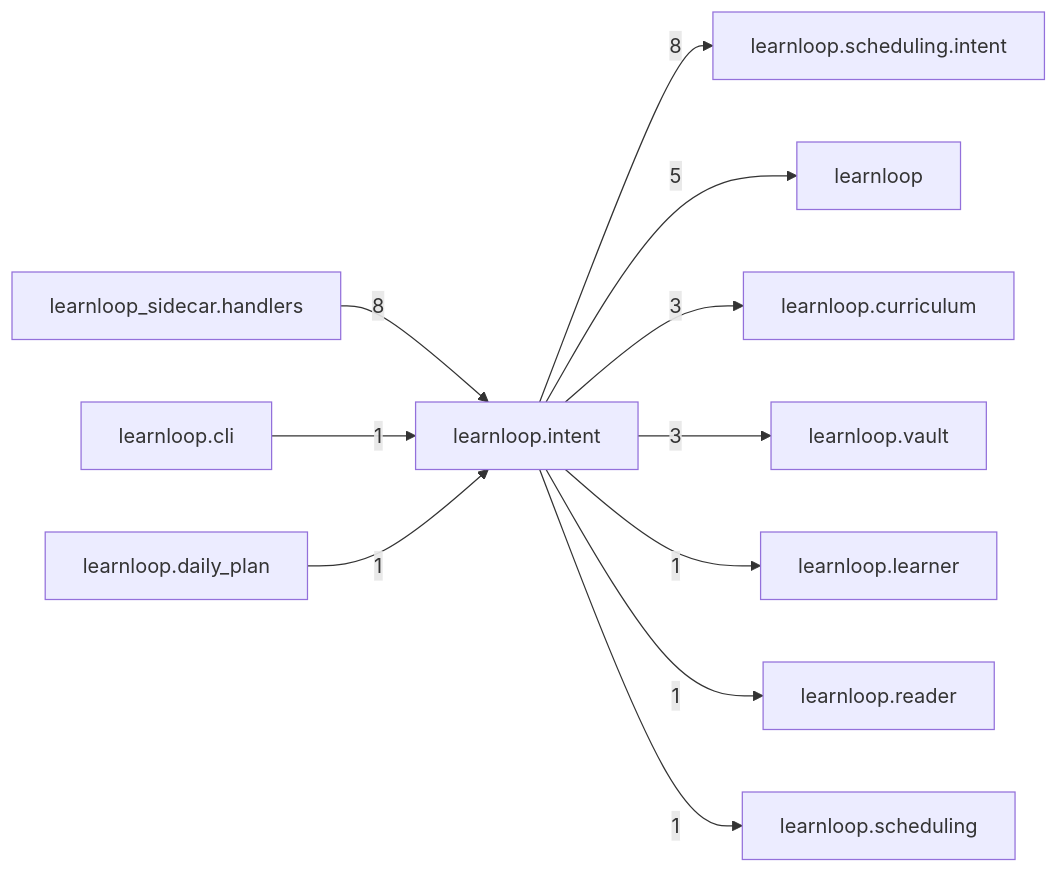
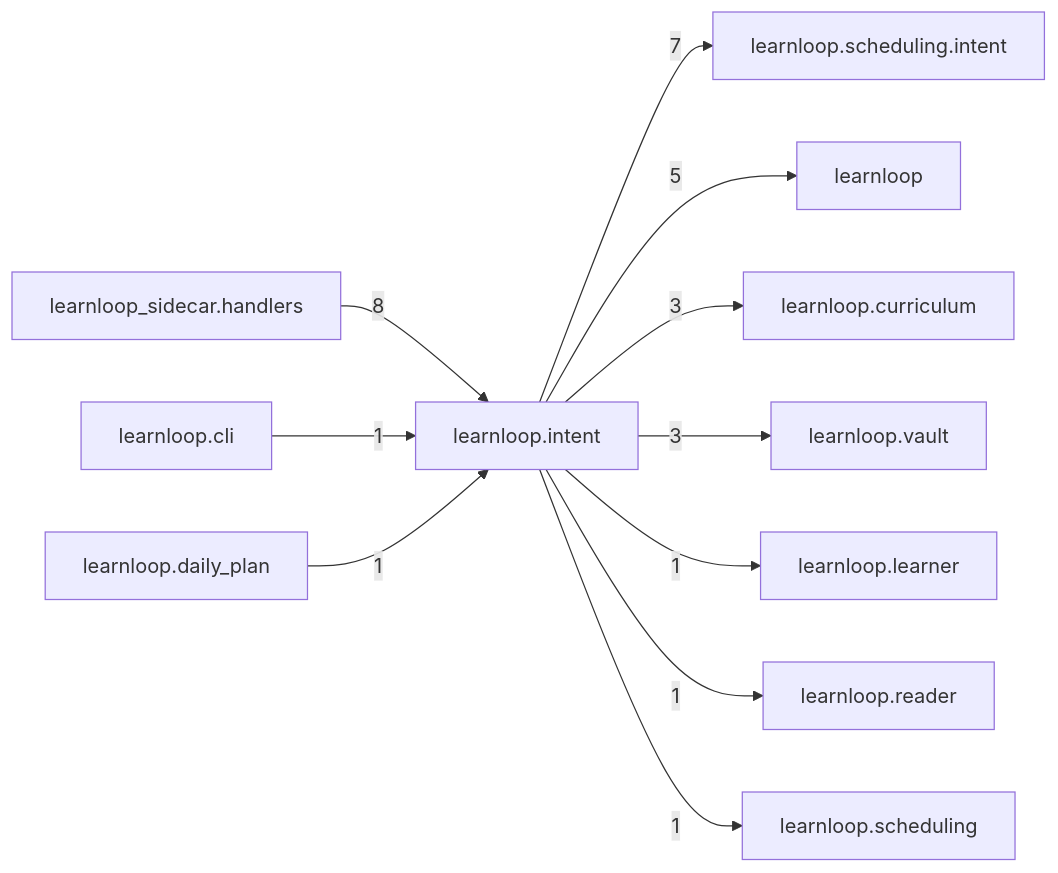
The diagram in docs/learnloop-architecture-vault/Reference/Modules/learnloop/intent/_package.md (6up-b/learnanything), drawn with Mermaid before and after one commit. The commit also changed other lines of this file and 109 other files, not shown here.

````diff
--- a/docs/learnloop-architecture-vault/Reference/Modules/learnloop/intent/_package.md
+++ b/docs/learnloop-architecture-vault/Reference/Modules/learnloop/intent/_package.md
@@ -78,24 +78,24 @@
 ```mermaid
 flowchart LR
     center["learnloop.intent"]
+    n_learnloop_sidecar_handlers["learnloop_sidecar.handlers"]
     n_learnloop_scheduling_intent["learnloop.scheduling.intent"]
-    n_learnloop_sidecar_handlers["learnloop_sidecar.handlers"]
     n_learnloop["learnloop"]
     n_learnloop_curriculum["learnloop.curriculum"]
     n_learnloop_vault["learnloop.vault"]
     n_learnloop_cli["learnloop.cli"]
     n_learnloop_daily_plan["learnloop.daily_plan"]
     n_learnloop_learner["learnloop.learner"]
     n_learnloop_reader["learnloop.reader"]
     n_learnloop_scheduling["learnloop.scheduling"]
-    center -->|8| n_learnloop_scheduling_intent
     n_learnloop_sidecar_handlers -->|8| center
+    center -->|7| n_learnloop_scheduling_intent
     center -->|5| n_learnloop
     center -->|3| n_learnloop_curriculum
     center -->|3| n_learnloop_vault
     n_learnloop_cli -->|1| center
     n_learnloop_daily_plan -->|1| center
     center -->|1| n_learnloop_learner
     center -->|1| n_learnloop_reader
     center -->|1| n_learnloop_scheduling
 ```
````
